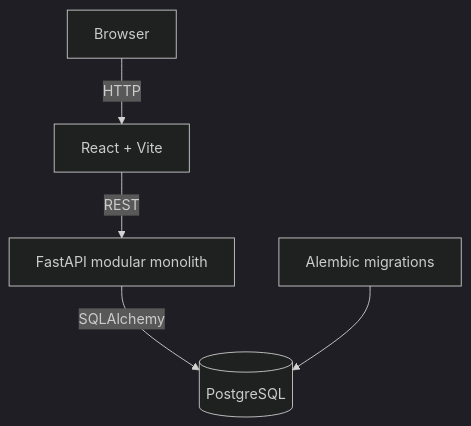
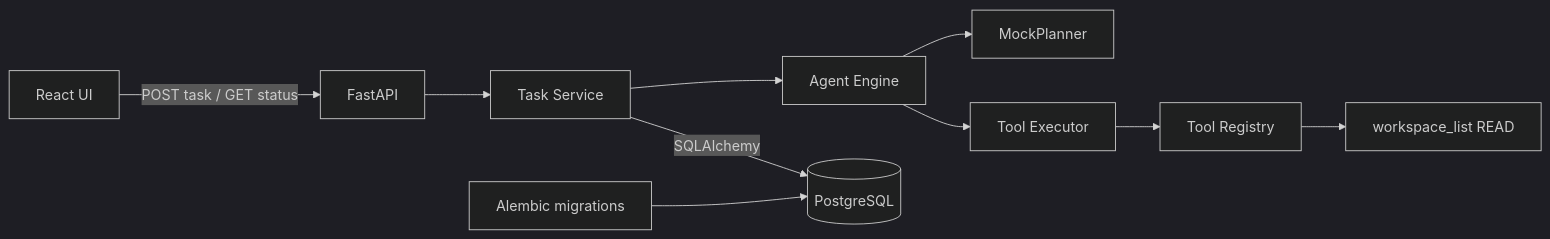
One commit to EstiveJobson/aura changed the diagram in docs/architecture.md. Above: the diagram before and after it, drawn with Mermaid (dark theme). The commit also changed other lines of this file and 30 other files, not shown here.

````diff
--- a/docs/architecture.md
+++ b/docs/architecture.md
@@ -14,7 +17,12 @@
 ```mermaid
-flowchart TB
-    Browser[Browser] -->|HTTP| Frontend[React + Vite]
-    Frontend -->|REST| Backend[FastAPI modular monolith]
-    Backend -->|SQLAlchemy| PostgreSQL[(PostgreSQL)]
+flowchart LR
+    Browser[React UI] -->|POST task / GET status| API[FastAPI]
+    API --> Service[Task Service]
+    Service --> Engine[Agent Engine]
+    Engine --> Planner[MockPlanner]
+    Engine --> Executor[Tool Executor]
+    Executor --> Registry[Tool Registry]
+    Registry --> Tool[workspace_list READ]
+    Service -->|SQLAlchemy| PostgreSQL[(PostgreSQL)]
     Alembic[Alembic migrations] --> PostgreSQL
 ```
````
